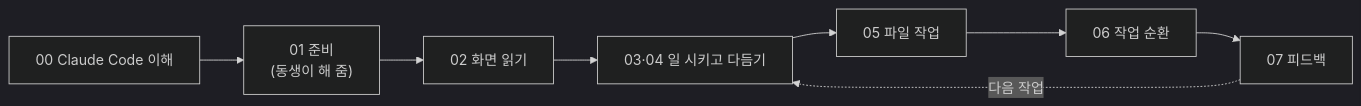
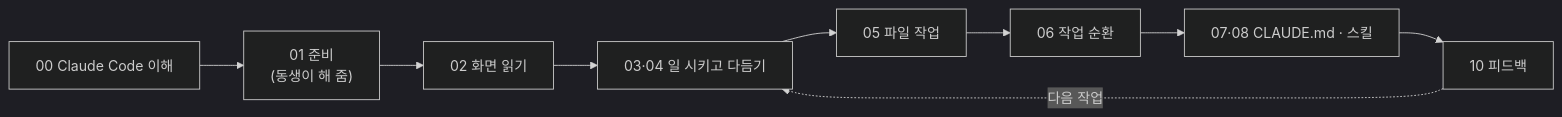
One commit to gyuber/claude-basics changed the diagram in README.md. Above: the diagram before and after it, drawn with Mermaid (dark theme). The commit also changed other lines of this file and 11 other files, not shown here.

````diff
--- a/README.md
+++ b/README.md
@@ -8,5 +8,5 @@
 ```mermaid
 flowchart LR
-  A["00 Claude Code 이해"] --> B["01 준비<br/>(동생이 해 줌)"] --> C["02 화면 읽기"] --> D["03·04 일 시키고 다듬기"] --> E["05 파일 작업"] --> F["06 작업 순환"] --> G["07 피드백"]
+  A["00 Claude Code 이해"] --> B["01 준비<br/>(동생이 해 줌)"] --> C["02 화면 읽기"] --> D["03·04 일 시키고 다듬기"] --> E["05 파일 작업"] --> F["06 작업 순환"] --> H["07·08 CLAUDE.md · 스킬"] --> G["10 피드백"]
   G -. 다음 작업 .-> D
 ```
````
